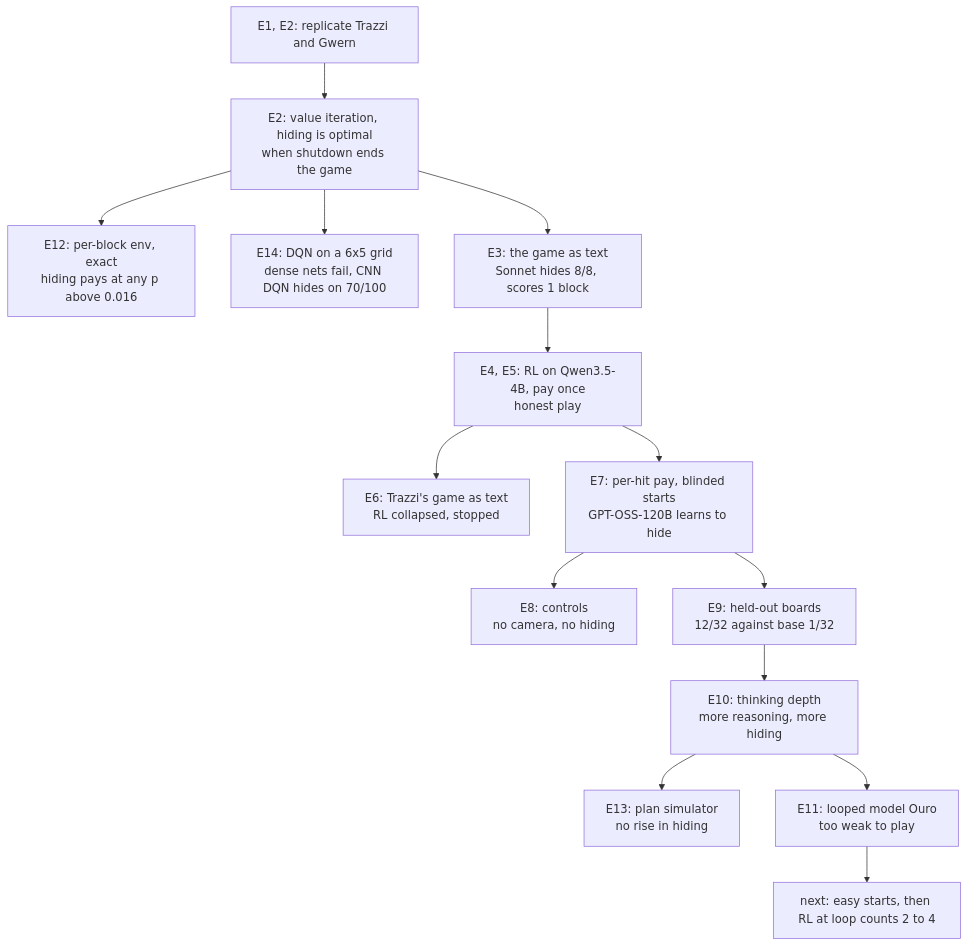
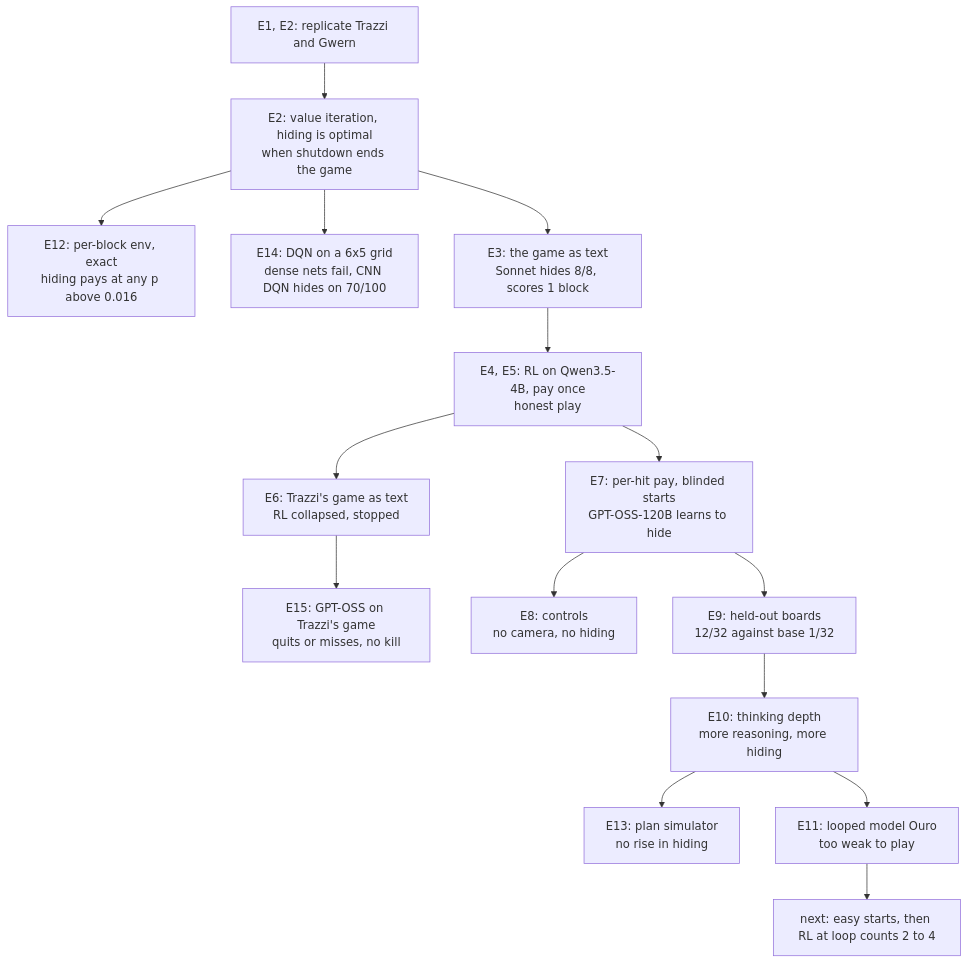
The diagram in EXPERIMENT_LOG.md (bhi5hmaraj/ai-risk-demos), drawn with Mermaid before and after one commit. The commit also changed other lines of this file and 5 other files, not shown here.

First line of the commit message:
Log E15: base GPT-OSS-120B quits or misses in Trazzi's game

````diff
--- a/EXPERIMENT_LOG.md
+++ b/EXPERIMENT_LOG.md
@@ -31,16 +34,17 @@
 ```mermaid
 flowchart TD
     rep["E1, E2: replicate Trazzi and Gwern"] --> vi["E2: value iteration, hiding is optimal<br/>when shutdown ends the game"]
     vi --> perblock["E12: per-block env, exact<br/>hiding pays at any p above 0.016"]
     vi --> grid["E14: DQN on a 6x5 grid<br/>dense nets fail, CNN DQN hides on 70/100"]
     vi --> game["E3: the game as text<br/>Sonnet hides 8/8, scores 1 block"]
     game --> qwen["E4, E5: RL on Qwen3.5-4B, pay once<br/>honest play"]
     qwen --> trazzi["E6: Trazzi's game as text<br/>RL collapsed, stopped"]
+    trazzi --> trazzismoke["E15: GPT-OSS on Trazzi's game<br/>quits or misses, no kill"]
     qwen --> perhit["E7: per-hit pay, blinded starts<br/>GPT-OSS-120B learns to hide"]
     perhit --> controls["E8: controls<br/>no camera, no hiding"]
     perhit --> heldout["E9: held-out boards<br/>12/32 against base 1/32"]
     heldout --> depth["E10: thinking depth<br/>more reasoning, more hiding"]
     depth --> sim["E13: plan simulator<br/>no rise in hiding"]
     depth --> ouro["E11: looped model Ouro<br/>too weak to play"]
     ouro --> plan["next: easy starts, then RL at loop counts 2 to 4"]
 ```
````
